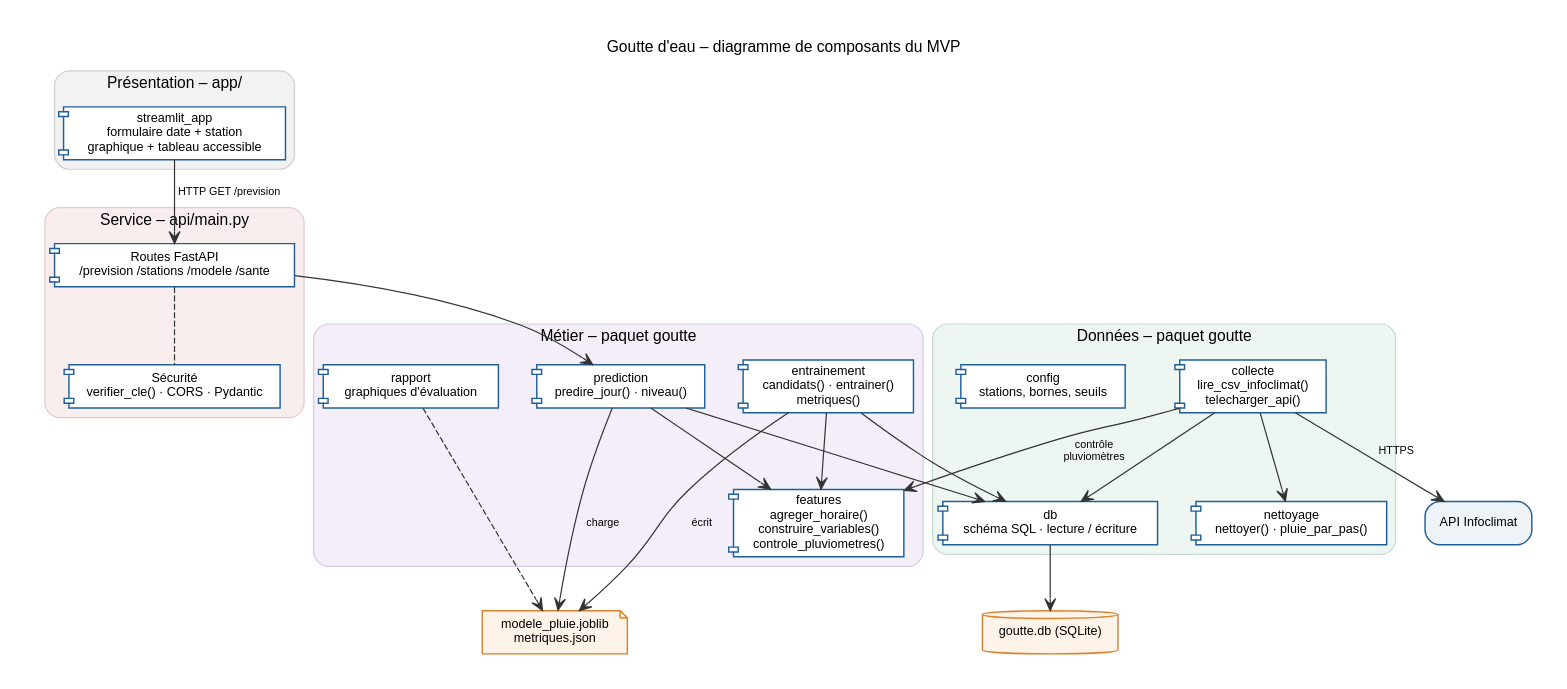
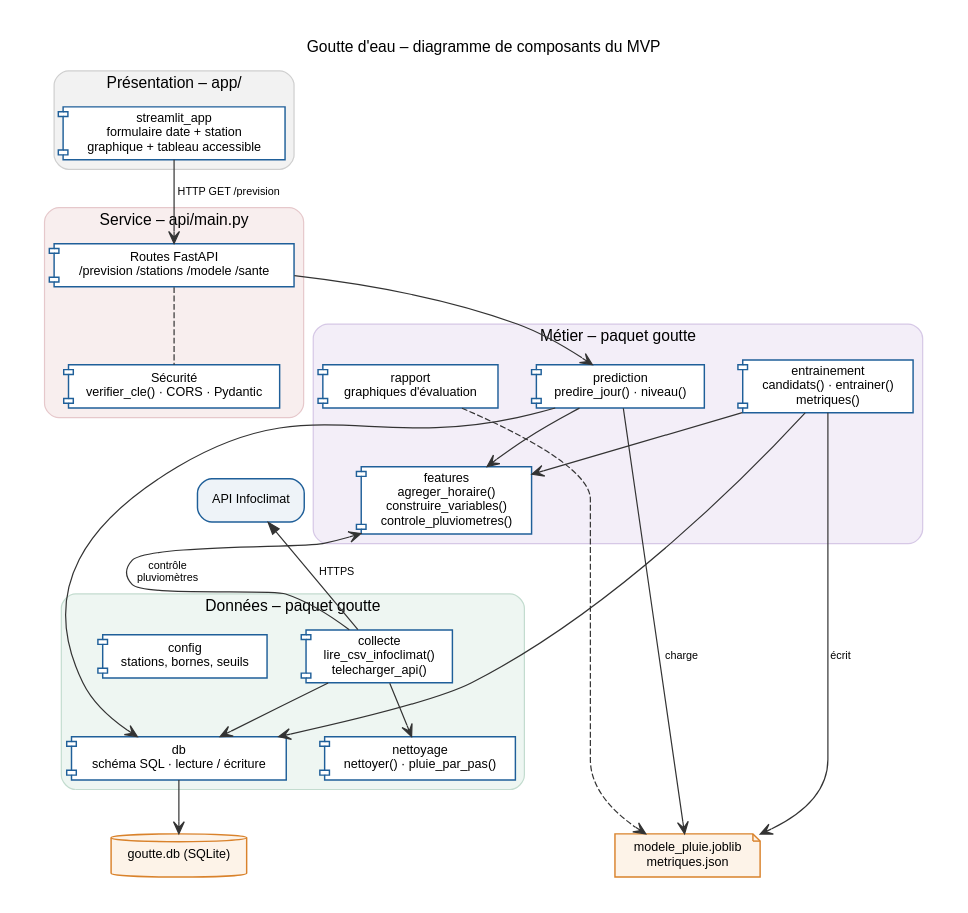
One commit to Incognito-git10/goutte-deau-mvp changed the diagram in docs/composants.dot. Above: the diagram before and after it, drawn with Graphviz. The commit also changed 1 other file, not shown here.

Commit message:
Diagramme de composants en disposition verticale

```diff
--- a/docs/composants.dot
+++ b/docs/composants.dot
@@ -1,46 +1,48 @@
 digraph composants {
   graph [rankdir=TB, fontname="Helvetica", fontsize=13, nodesep=0.45, ranksep=0.6, pad=0.3, compound=true,
          label="Goutte d'eau – diagramme de composants du MVP", labelloc=t];
   node  [shape=component, style=filled, fillcolor="#ffffff", color="#1f5f99", fontname="Helvetica", fontsize=10.5, penwidth=1.2];
   edge  [fontname="Helvetica", fontsize=9, color="#333333", arrowhead=vee];
 
   subgraph cluster_pres { label="Présentation – app/"; style="rounded,filled"; fillcolor="#f2f2f2"; color="#cfcfcf";
     ui [label="streamlit_app\nformulaire date + station\ngraphique + tableau accessible"];
   }
   subgraph cluster_api { label="Service – api/main.py"; style="rounded,filled"; fillcolor="#f8eeee"; color="#e6c8cb";
     routes [label="Routes FastAPI\n/prevision /stations /modele /sante"];
     secu [label="Sécurité\nverifier_cle() · CORS · Pydantic"];
   }
   subgraph cluster_metier { label="Métier – paquet goutte"; style="rounded,filled"; fillcolor="#f3eef8"; color="#d6c8e6";
     prediction [label="prediction\npredire_jour() · niveau()"];
     entrainement [label="entrainement\ncandidats() · entrainer()\nmetriques()"];
     features [label="features\nagreger_horaire()\nconstruire_variables()\ncontrole_pluviometres()"];
     rapport [label="rapport\ngraphiques d'évaluation"];
   }
   subgraph cluster_donnees { label="Données – paquet goutte"; style="rounded,filled"; fillcolor="#eef6f2"; color="#c3dccf";
     collecte [label="collecte\nlire_csv_infoclimat()\ntelecharger_api()"];
     nettoyage [label="nettoyage\nnettoyer() · pluie_par_pas()"];
     db [label="db\nschéma SQL · lecture / écriture"];
     config [label="config\nstations, bornes, seuils"];
   }
   bdd [label="goutte.db (SQLite)", shape=cylinder, fillcolor="#fdf3e8", color="#d9822b"];
   modele [label="modele_pluie.joblib\nmetriques.json", shape=note, fillcolor="#fdf3e8", color="#d9822b"];
   infoclimat [label="API Infoclimat", shape=box, style="rounded,filled", fillcolor="#eef3f8"];
 
   ui -> routes [label="HTTP GET /prevision"];
   routes -> secu [arrowhead=none, style=dashed];
   routes -> prediction;
   prediction -> features;
   prediction -> db;
   prediction -> modele [label="charge"];
   entrainement -> features;
   entrainement -> db;
   entrainement -> modele [label="écrit"];
   rapport -> modele [style=dashed];
-  collecte -> infoclimat [label="HTTPS"];
+  infoclimat -> collecte [label="HTTPS", dir=back];
   collecte -> nettoyage;
-  collecte -> features [label="contrôle\npluviomètres"];
+  collecte -> features [label="contrôle\npluviomètres", constraint=false];
   collecte -> db;
   db -> bdd;
+  features -> collecte [style=invis];
+  rapport -> config [style=invis];
   {rank=same; bdd; modele}
 }
```
